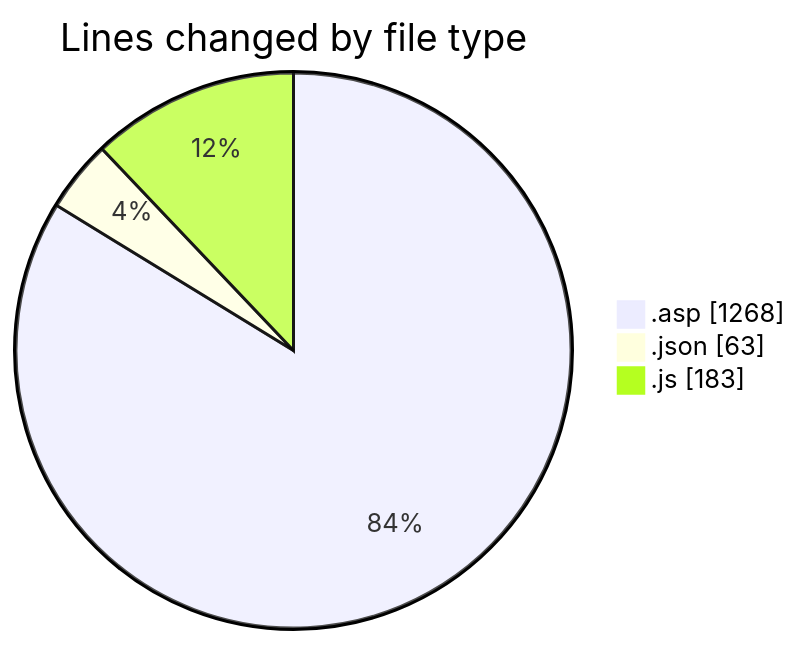
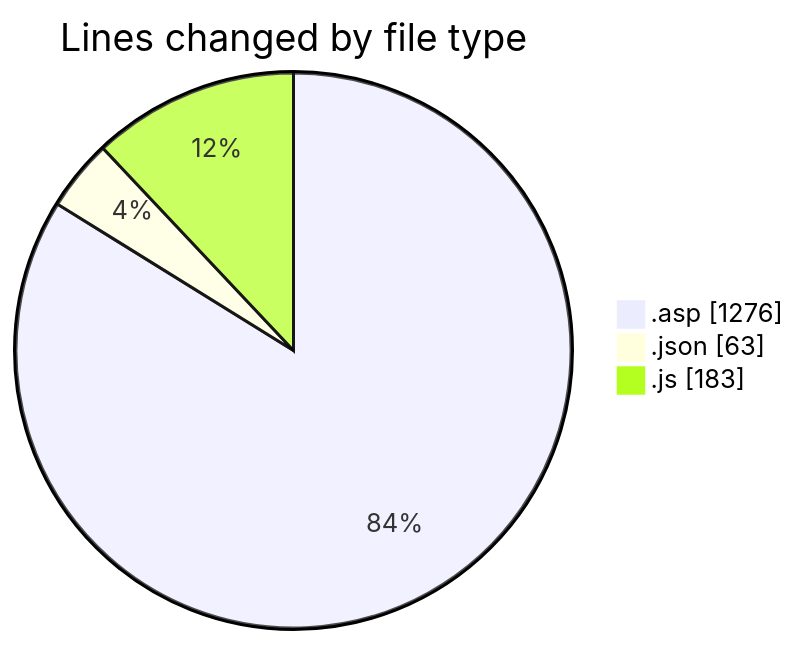
One commit to julien-gomy/code-tracking changed the first of 2 diagrams in 2025-10-20/usr_aleoudev_fr__workspace_/README.md. Above: the diagram before and after it, drawn with Mermaid. The commit also changed other lines of this file and 1 other file, not shown here.

````diff
--- a/2025-10-20/usr_aleoudev_fr__workspace_/README.md
+++ b/2025-10-20/usr_aleoudev_fr__workspace_/README.md
@@ -24,7 +24,7 @@
 ```mermaid
 pie showData
 title Lines changed by file type
-".asp" : 1268
+".asp" : 1276
 ".json" : 63
 ".js" : 183
 ```
````
